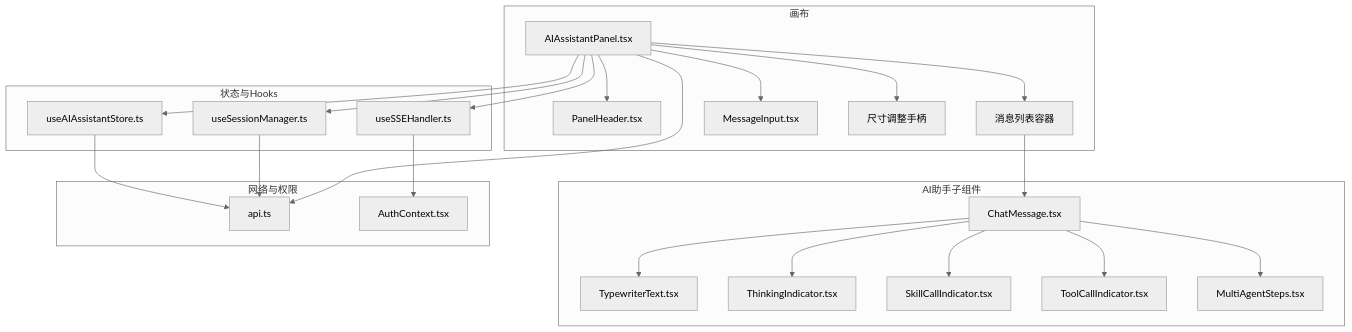
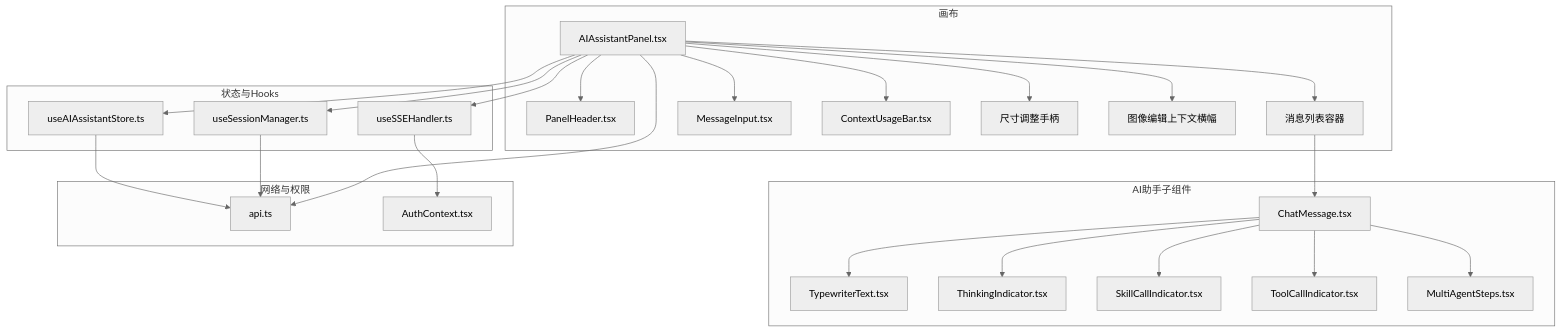
Before and after one commit to KunLabAI/KunFlix: the first of 10 diagrams in .qoder/repowiki/zh/content/前端应用架构/UI组件库/画布组件系统/AI助手面板.md, drawn with Mermaid (neutral theme). The commit also changed other lines of this file and 15 other files, not shown here.

````diff
--- a/.qoder/repowiki/zh/content/前端应用架构/UI组件库/画布组件系统/AI助手面板.md
+++ b/.qoder/repowiki/zh/content/前端应用架构/UI组件库/画布组件系统/AI助手面板.md
@@ -52,44 +63,48 @@
 ```mermaid
 graph TB
 subgraph "画布"
 AIPanel["AIAssistantPanel.tsx"]
 Header["PanelHeader.tsx"]
 MsgList["消息列表容器"]
 InputArea["MessageInput.tsx"]
+ContextBar["ContextUsageBar.tsx"]
 Resize["尺寸调整手柄"]
+EditBanner["图像编辑上下文横幅"]
 end
 subgraph "AI助手子组件"
 ChatMsg["ChatMessage.tsx"]
 Typewriter["TypewriterText.tsx"]
 ThinkInd["ThinkingIndicator.tsx"]
 SkillInd["SkillCallIndicator.tsx"]
 ToolInd["ToolCallIndicator.tsx"]
 MAgent["MultiAgentSteps.tsx"]
 end
 subgraph "状态与Hooks"
 Store["useAIAssistantStore.ts"]
 SessMgr["useSessionManager.ts"]
 SSE["useSSEHandler.ts"]
 end
 subgraph "网络与权限"
 API["api.ts"]
 Auth["AuthContext.tsx"]
 end
 AIPanel --> Header
 AIPanel --> MsgList
 AIPanel --> InputArea
+AIPanel --> ContextBar
 AIPanel --> Resize
+AIPanel --> EditBanner
 MsgList --> ChatMsg
 ChatMsg --> Typewriter
 ChatMsg --> ThinkInd
 ChatMsg --> SkillInd
 ChatMsg --> ToolInd
 ChatMsg --> MAgent
 AIPanel --> Store
 AIPanel --> SessMgr
 AIPanel --> SSE
 AIPanel --> API
 SSE --> Auth
 SessMgr --> API
 Store --> API
 ```
````
